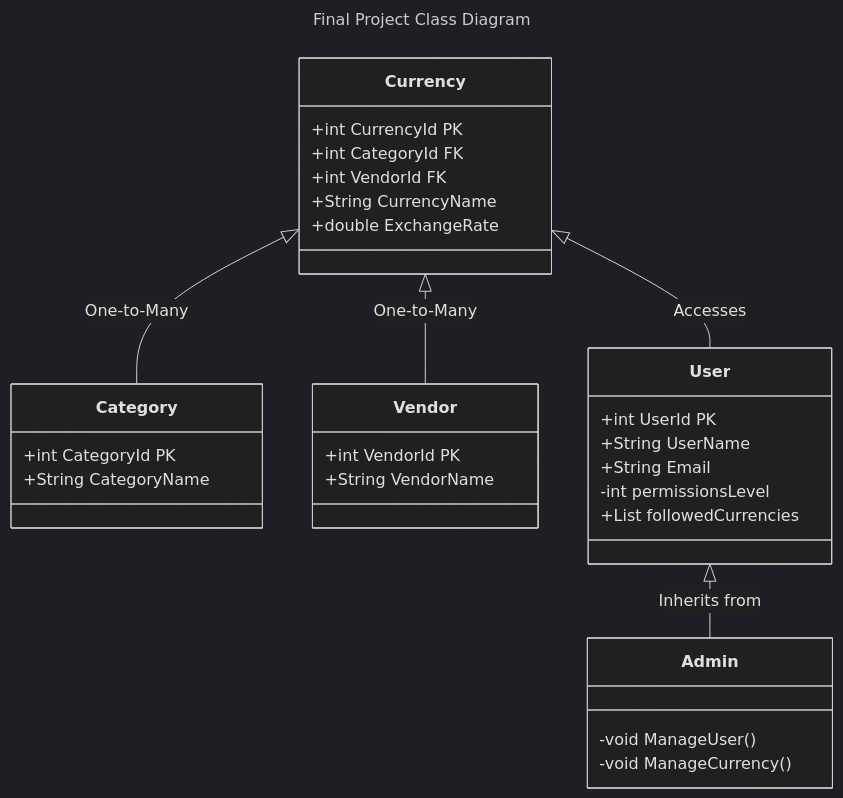
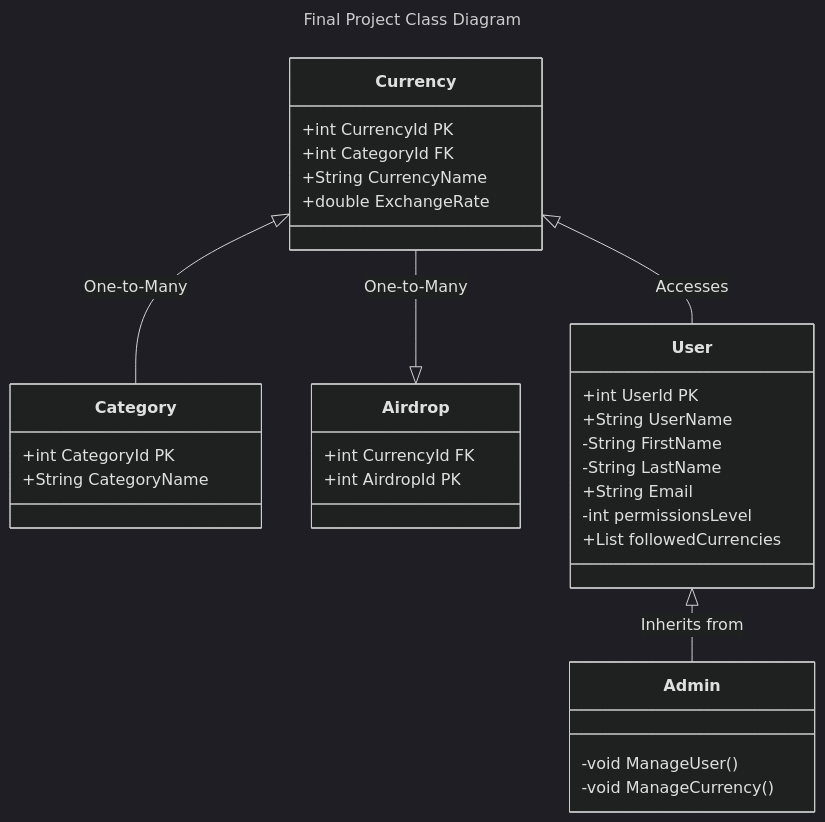
The diagram in README.md (GrantRynders/ASPdemo), drawn with Mermaid (dark theme) before and after one commit. The commit also changed 7 other files, not shown here.

````diff
--- a/README.md
+++ b/README.md
@@ -1,36 +1,37 @@
 ```mermaid
 ---
 title: Final Project Class Diagram
 ---
 classDiagram
     Currency <|-- Category : One-to-Many
-    Currency <|-- Vendor : One-to-Many
+    Currency --|> Airdrop : One-to-Many
     Currency <|-- User : Accesses
     User <|-- Admin : Inherits from
     class Currency{
         +int CurrencyId PK
         +int CategoryId FK
-        +int VendorId FK
         +String CurrencyName
         +double ExchangeRate
     }
     class Category{
         +int CategoryId PK
         +String CategoryName
     }
-    class Vendor{
-        +int VendorId PK
-        +String VendorName
+    class Airdrop{
+        +int CurrencyId FK
+        +int AirdropId PK
     }
     class User{
         +int UserId PK
         +String UserName
+        -String FirstName
+        -String LastName
         +String Email
         -int permissionsLevel
         +List<Currency> followedCurrencies
     }
     class Admin{
         -void ManageUser()
         -void ManageCurrency()
     }
 ```
````
